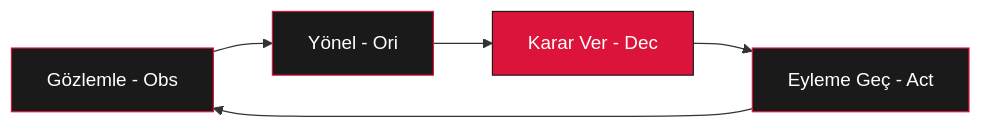
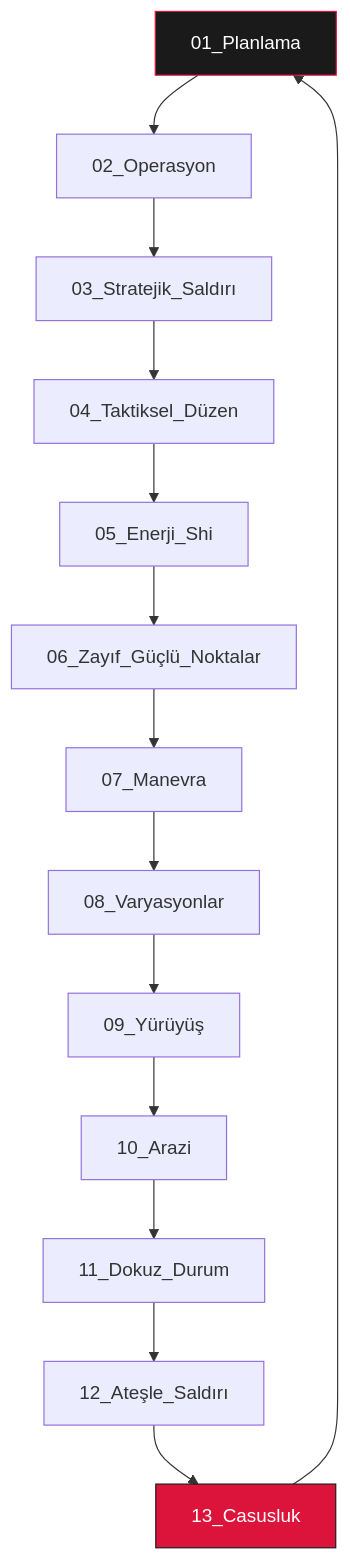
One commit to arch-yunus/Sun-Tzu-Mastery-The-Art-of-War changed the diagram in README.md. Above: the diagram before and after it, drawn with Mermaid. The commit also changed other lines of this file, not shown here.

Commit message:
docs: ultra-density expansion of README with SIF, CSF and flow diagrams

````diff
--- a/README.md
+++ b/README.md
@@ -49,11 +35,18 @@
 ```mermaid
-graph LR
-    A[Gözlemle - Obs] --> B[Yönel - Ori]
-    B --> C[Karar Ver - Dec]
-    C --> D[Eyleme Geç - Act]
-    D --> A
+graph TD
+    A[01_Planlama] --> B[02_Operasyon]
+    B --> C[03_Stratejik_Saldırı]
+    C --> D[04_Taktiksel_Düzen]
+    D --> E[05_Enerji_Shi]
+    E --> F[06_Zayıf_Güçlü_Noktalar]
+    F --> G[07_Manevra]
+    G --> H[08_Varyasyonlar]
+    H --> I[09_Yürüyüş]
+    I --> J[10_Arazi]
+    J --> K[11_Dokuz_Durum]
+    K --> L[12_Ateşle_Saldırı]
+    L --> M[13_Casusluk]
+    M --> A
     style A fill:#1a1a1a,stroke:#dc143c,color:#fff
-    style B fill:#1a1a1a,stroke:#dc143c,color:#fff
-    style C fill:#dc143c,stroke:#1a1a1a,color:#fff
-    style D fill:#1a1a1a,stroke:#dc143c,color:#fff
+    style M fill:#dc143c,stroke:#1a1a1a,color:#fff
 ```
````
